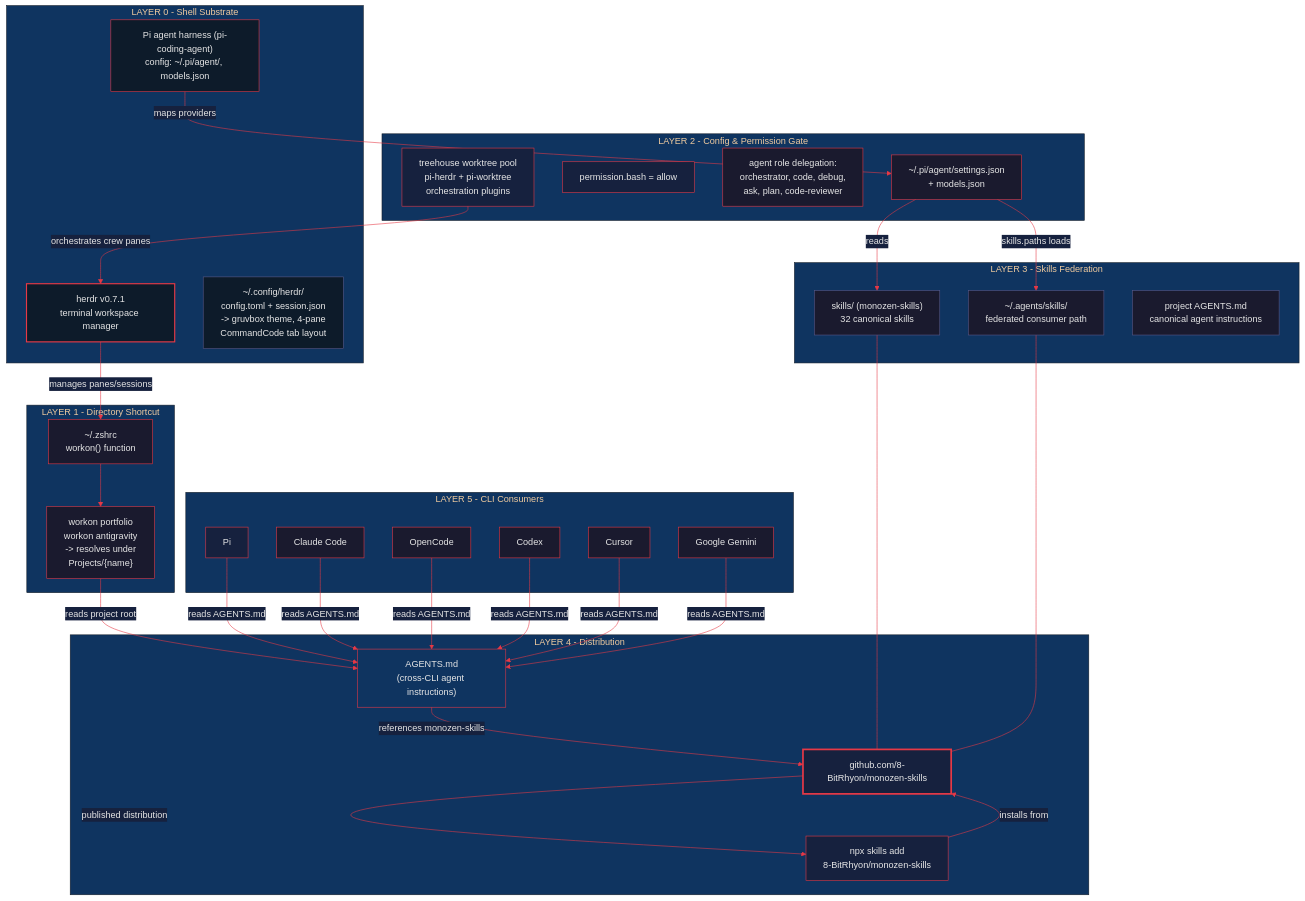
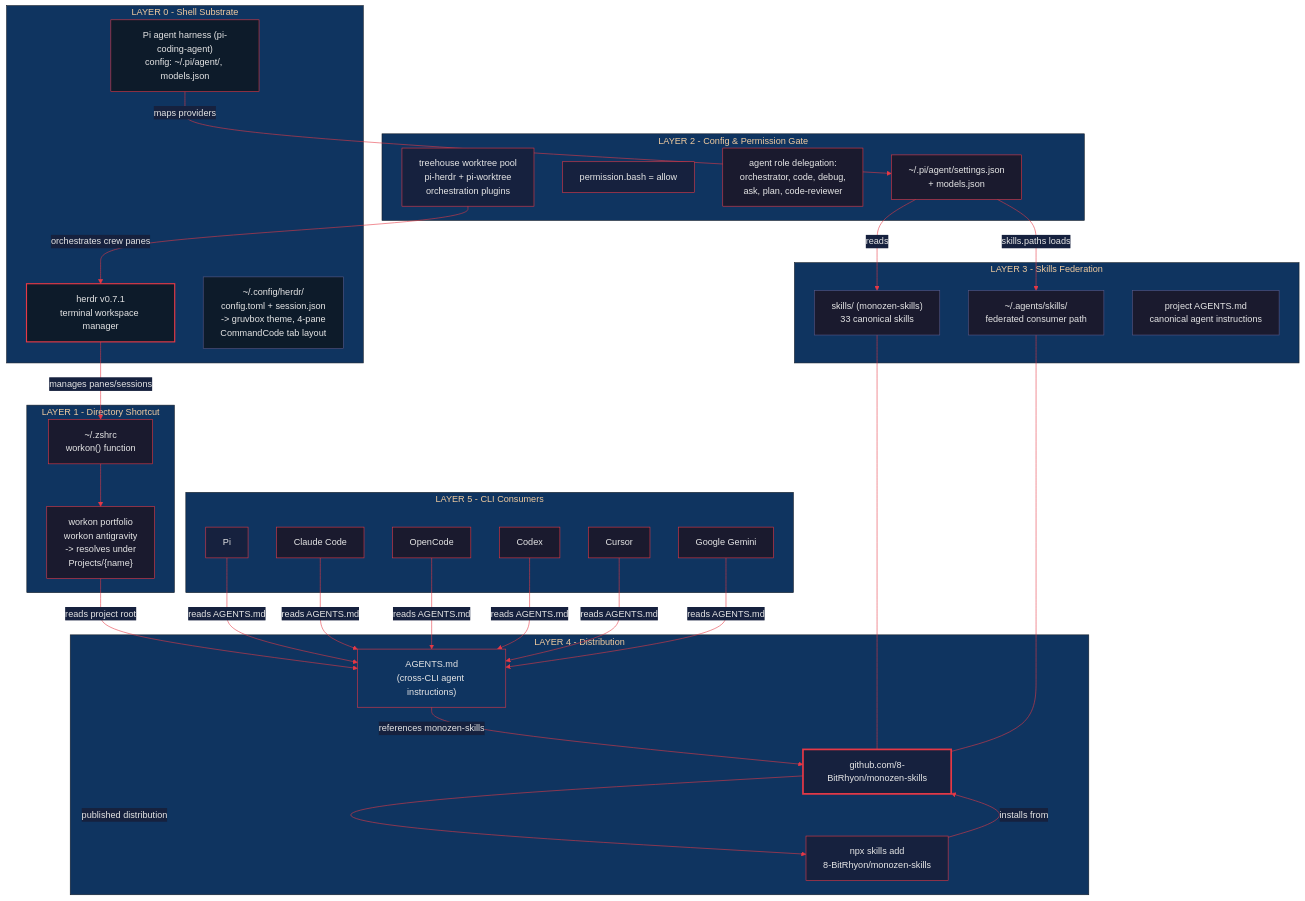
Before and after one commit to 8-BitRhyon/monozen-skills: the diagram in assets/monozen-skills-arch.mmd, drawn with Mermaid. The commit also changed 13 other files, not shown here.

```diff
--- a/assets/monozen-skills-arch.mmd
+++ b/assets/monozen-skills-arch.mmd
@@ -1,75 +1,75 @@
 %%{init: {'theme': 'base', 'themeVariables': {'primaryColor': '#1a1a2e', 'primaryTextColor': '#e6e6e6', 'primaryBorderColor': '#e63946', 'lineColor': '#e63946', 'secondaryColor': '#16213e', 'tertiaryColor': '#0f3460'}}}%%
 
 flowchart TB
     subgraph Layer0["LAYER 0 - Shell Substrate"]
         HR["herdr v0.7.1<br/>terminal workspace manager"]
         PIF["Pi agent harness (pi-coding-agent)<br/>config: ~/.pi/agent/, models.json"]
         HRCFG["~/.config/herdr/<br/>config.toml + session.json<br/>-> gruvbox theme, 4-pane<br/>  CommandCode tab layout"]
     end
 
     subgraph Layer1["LAYER 1 - Directory Shortcut"]
         ZS["~/.zshrc<br/>workon() function"]
         WU["workon portfolio<br/>workon antigravity<br/>-> resolves under<br/>Projects/{name}"]
     end
 
     subgraph Layer2["LAYER 2 - Config & Permission Gate"]
         KC["~/.pi/agent/settings.json<br/>+ models.json"]
         PERM["permission.bash = allow"]
         AGD["agent role delegation:<br/>orchestrator, code, debug,<br/>ask, plan, code-reviewer"]
         IDX["treehouse worktree pool<br/>pi-herdr + pi-worktree<br/>orchestration plugins"]
     end
 
     subgraph Layer3["LAYER 3 - Skills Federation"]
-        FS1["skills/ (monozen-skills)<br/>32 canonical skills"]
+        FS1["skills/ (monozen-skills)<br/>33 canonical skills"]
         FS2["~/.agents/skills/<br/>federated consumer path"]
         FS3["project AGENTS.md<br/>canonical agent instructions"]
     end
 
     subgraph Layer4["LAYER 4 - Distribution"]
         MS["github.com/8-BitRhyon/monozen-skills"]
         NPX["npx skills add<br/>8-BitRhyon/monozen-skills"]
         AG["AGENTS.md<br/>(cross-CLI agent instructions)"]
     end
 
     subgraph Layer5["LAYER 5 - CLI Consumers"]
         PI["Pi"]
         CC["Claude Code"]
         OC["OpenCode"]
         CX["Codex"]
         CU["Cursor"]
         GK["Google Gemini"]
     end
 
     HR -->|manages panes/sessions| ZS
     ZS --> WU
     WU -->|reads project root| AG
     AG -->|references monozen-skills| MS
     PIF -->|maps providers| KC
     KC -->|skills.paths loads| FS2
     KC -->|reads| FS1
     IDX -->|orchestrates crew panes| HR
     NPX -->|installs from| MS
     MS -->|published distribution| NPX
     FS1 --- MS
     FS2 --- MS
     PI -->|reads AGENTS.md| AG
     CC -->|reads AGENTS.md| AG
     OC -->|reads AGENTS.md| AG
     CX -->|reads AGENTS.md| AG
     CU -->|reads AGENTS.md| AG
     GK -->|reads AGENTS.md| AG
 
     style HR fill:#0d1b2a,stroke:#e63946,color:#e6e6e6,stroke-width:2px
     style PIF fill:#0d1b2a,stroke:#e63946,color:#e6e6e6
     style HRCFG fill:#0d1b2a,stroke:#5a5a8a,color:#e6e6e6
     style ZS fill:#1a1a2e,stroke:#e63946,color:#e6e6e6
     style KC fill:#1a1a2e,stroke:#e63946,color:#e6e6e6
     style MS fill:#16213e,stroke:#e63946,color:#e6e6e6,stroke-width:3px
     style AG fill:#0f3460,stroke:#e63946,color:#e6e6e6
     style NPX fill:#16213e,stroke:#e63946,color:#e6e6e6
     style FS1 fill:#1a1a2e,stroke:#5a5a8a,color:#e6e6e6
     style FS2 fill:#1a1a2e,stroke:#5a5a8a,color:#e6e6e6
     style FS3 fill:#1a1a2e,stroke:#5a5a8a,color:#e6e6e6
     style PI fill:#16213e,stroke:#e63946,color:#e6e6e6
     style PERM fill:#16213e,stroke:#e63946,color:#e6e6e6
     style IDX fill:#16213e,stroke:#e63946,color:#e6e6e6
```
